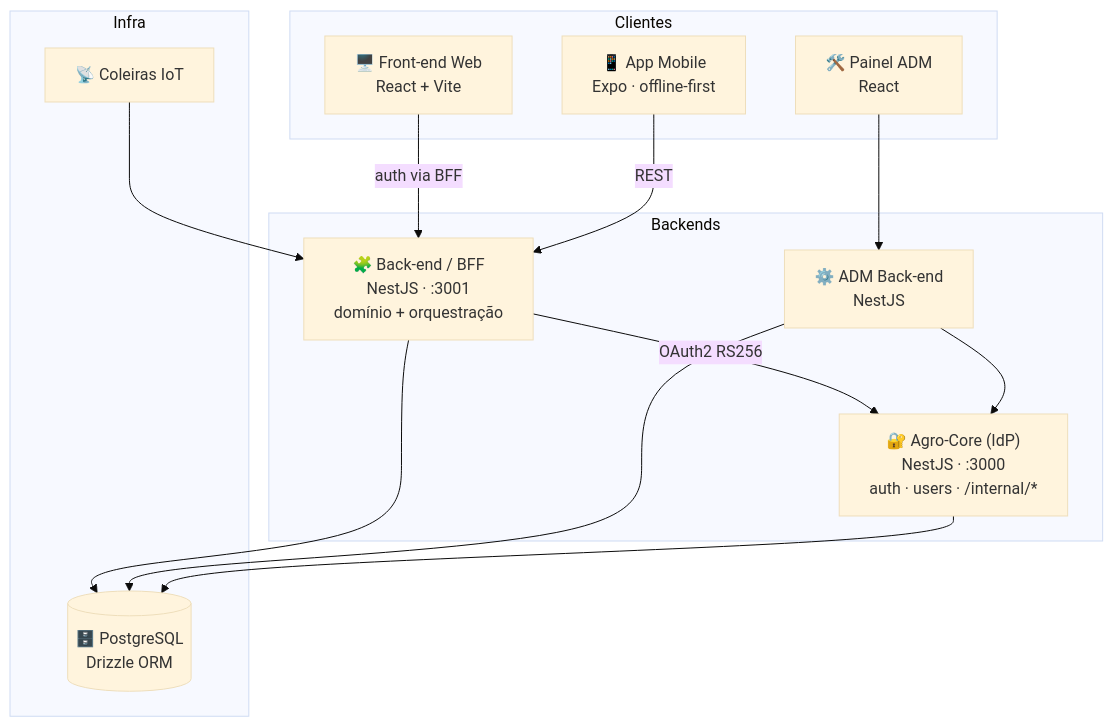
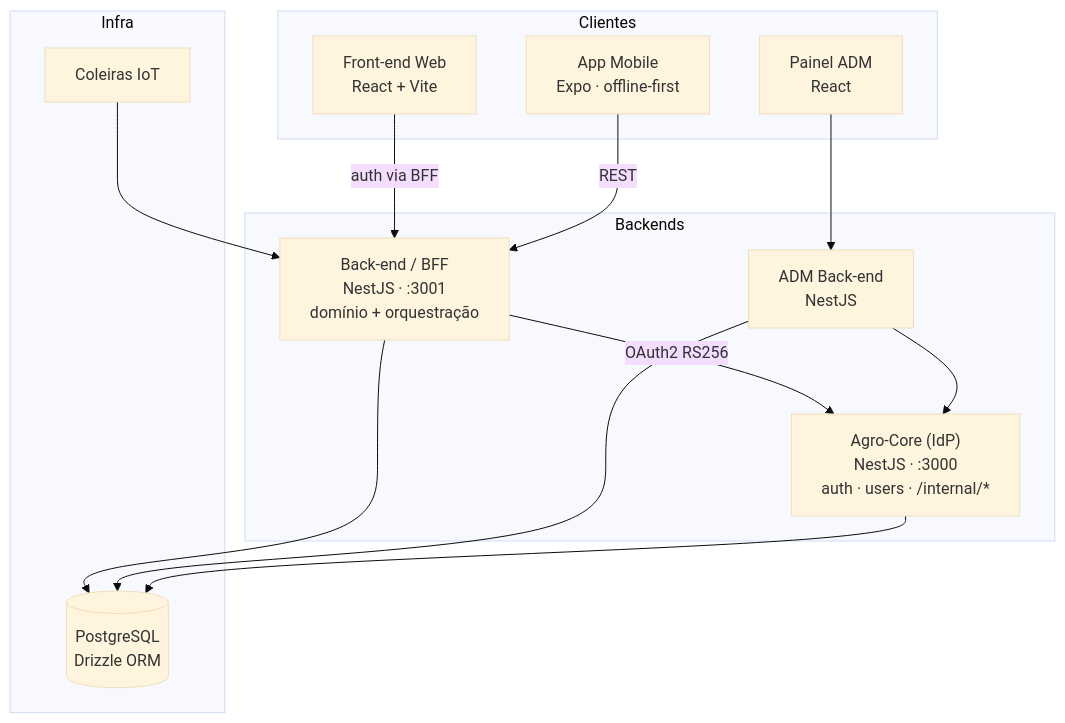
Before and after one commit to LeiteFacil/.github: the diagram in profile/README.md, drawn with Mermaid (base theme). The commit also changed other lines of this file and 2 other files, not shown here.

````diff
--- a/profile/README.md
+++ b/profile/README.md
@@ -46,29 +45,29 @@
 ```mermaid
 flowchart TD
     subgraph Clientes
-        FE["🖥️ Front-end Web<br/>React + Vite"]
-        MO["📱 App Mobile<br/>Expo · offline-first"]
-        ADM["🛠️ Painel ADM<br/>React"]
+        FE["Front-end Web<br/>React + Vite"]
+        MO["App Mobile<br/>Expo · offline-first"]
+        ADM["Painel ADM<br/>React"]
     end
 
     subgraph Backends
-        BFF["🧩 Back-end / BFF<br/>NestJS · :3001<br/>domínio + orquestração"]
-        ADMB["⚙️ ADM Back-end<br/>NestJS"]
-        CORE["🔐 Agro-Core (IdP)<br/>NestJS · :3000<br/>auth · users · /internal/*"]
+        BFF["Back-end / BFF<br/>NestJS · :3001<br/>domínio + orquestração"]
+        ADMB["ADM Back-end<br/>NestJS"]
+        CORE["Agro-Core (IdP)<br/>NestJS · :3000<br/>auth · users · /internal/*"]
     end
 
     subgraph Infra
-        DB[("🗄️ PostgreSQL<br/>Drizzle ORM")]
-        IOT["📡 Coleiras IoT"]
+        DB[("PostgreSQL<br/>Drizzle ORM")]
+        IOT["Coleiras IoT"]
     end
 
     FE -->|auth via BFF| BFF
     MO -->|REST| BFF
     ADM --> ADMB
     BFF -->|OAuth2 RS256| CORE
     ADMB --> CORE
     BFF --> DB
     ADMB --> DB
     CORE --> DB
     IOT --> BFF
 ```
````
